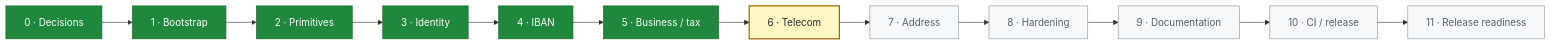
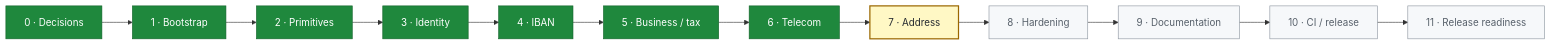
One commit to alialaraby/saudi-utils changed the diagram in docs/roadmap.md. Above: the diagram before and after it, drawn with Mermaid. The commit also changed other lines of this file and 4 other files, not shown here.

````diff
--- a/docs/roadmap.md
+++ b/docs/roadmap.md
@@ -17,14 +17,14 @@
 ```mermaid
 flowchart LR
   P0["0 · Decisions"] --> P1["1 · Bootstrap"] --> P2["2 · Primitives"]
   P2 --> P3["3 · Identity"] --> P4["4 · IBAN"] --> P5["5 · Business / tax"]
   P5 --> P6["6 · Telecom"] --> P7["7 · Address"] --> P8["8 · Hardening"]
   P8 --> P9["9 · Documentation"] --> P10["10 · CI / release"] --> P11["11 · Release readiness"]
 
   classDef complete fill:#1f883d,color:#fff,stroke:#116329;
   classDef next fill:#fff8c5,color:#24292f,stroke:#9a6700,stroke-width:2px;
   classDef planned fill:#f6f8fa,color:#57606a,stroke:#8c959f;
-  class P0,P1,P2,P3,P4,P5 complete;
-  class P6 next;
-  class P7,P8,P9,P10,P11 planned;
+  class P0,P1,P2,P3,P4,P5,P6 complete;
+  class P7 next;
+  class P8,P9,P10,P11 planned;
 ```
````
